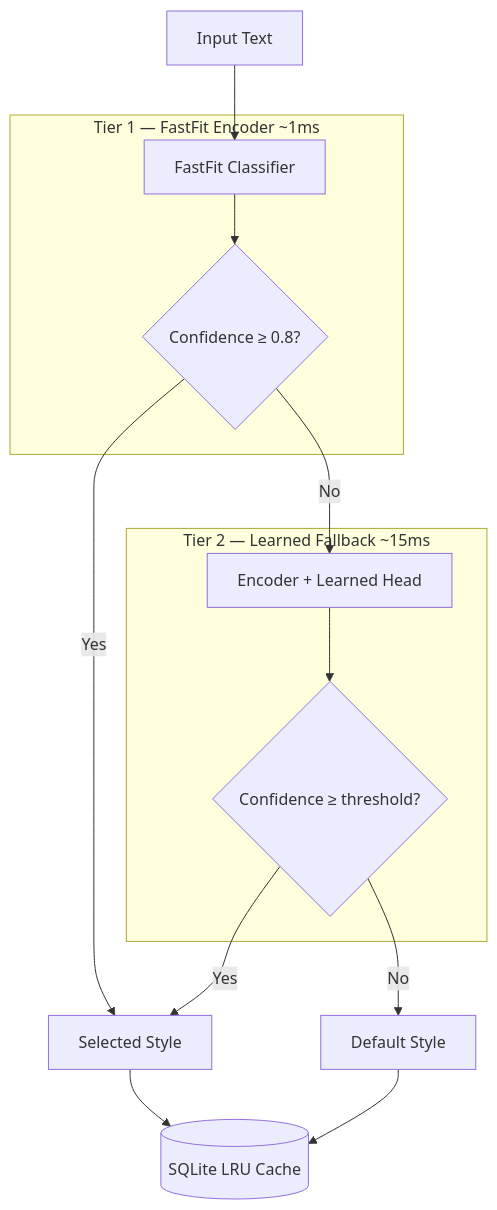
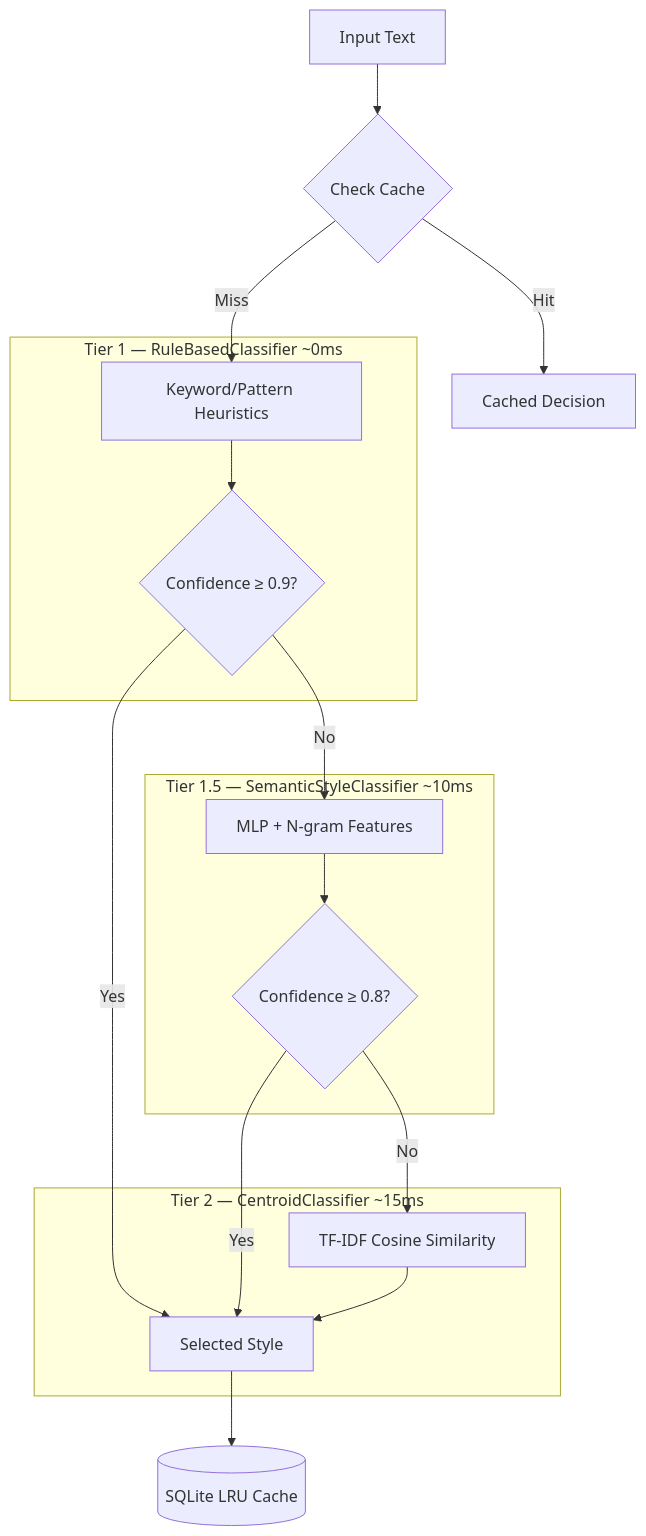
The second of 3 diagrams in docs/overview.md (Mathews-Tom/VoxID), drawn with Mermaid before and after one commit. The commit also changed other lines of this file and 3 other files, not shown here.

````diff
--- a/docs/overview.md
+++ b/docs/overview.md
@@ -167,21 +175,26 @@
 ```mermaid
 flowchart TD
-    T[Input Text] --> T1
+    T[Input Text] --> CHK{Check Cache}
+    CHK -- Hit --> H[Cached Decision]
+    CHK -- Miss --> T1
 
-    subgraph Tier1 [Tier 1 — FastFit Encoder ~1ms]
-        T1[FastFit Classifier] --> C1{Confidence ≥ 0.8?}
+    subgraph Tier1 [Tier 1 — RuleBasedClassifier ~0ms]
+        T1[Keyword/Pattern Heuristics] --> C1{Confidence ≥ 0.9?}
     end
 
     C1 -- Yes --> USE[Selected Style]
-    C1 -- No --> T2
+    C1 -- No --> T15
 
-    subgraph Tier2 [Tier 2 — Learned Fallback ~15ms]
-        T2[Encoder + Learned Head] --> C2{Confidence ≥ threshold?}
+    subgraph Tier15 [Tier 1.5 — SemanticStyleClassifier ~10ms]
+        T15[MLP + N-gram Features] --> C15{Confidence ≥ 0.8?}
     end
 
-    C2 -- Yes --> USE
-    C2 -- No --> DEF[Default Style]
+    C15 -- Yes --> USE
+    C15 -- No --> T2
+
+    subgraph Tier2 [Tier 2 — CentroidClassifier ~15ms]
+        T2[TF-IDF Cosine Similarity] --> USE
+    end
 
     USE --> CACHE[(SQLite LRU Cache)]
-    DEF --> CACHE
 ```
````
